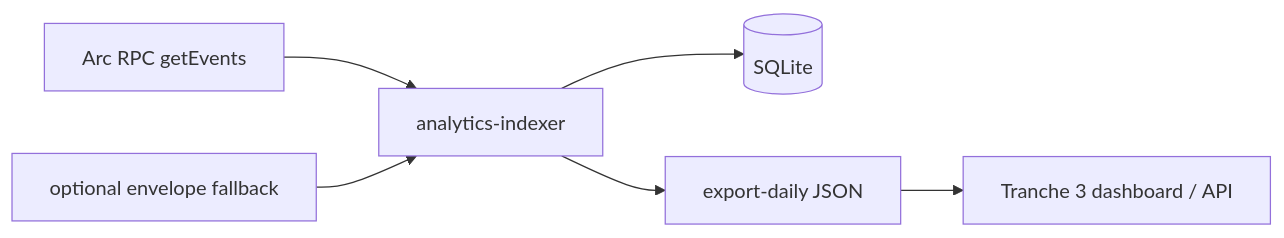
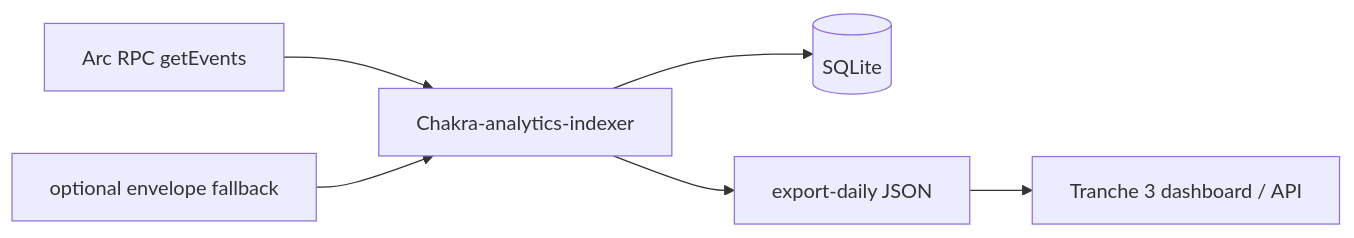
Before and after one commit to mangekyou-labs/chakra: the diagram in docs/analytics-indexer.md, drawn with Mermaid. The commit also changed other lines of this file and 16 other files, not shown here.

````diff
--- a/docs/analytics-indexer.md
+++ b/docs/analytics-indexer.md
@@ -29,8 +29,8 @@
 ```mermaid
 flowchart LR
-  RPC[Arc RPC getEvents] --> IDX[analytics-indexer]
+  RPC[Arc RPC getEvents] --> IDX[Chakra-analytics-indexer]
   ENV[optional envelope fallback] --> IDX
   IDX --> DB[(SQLite)]
   IDX --> EXP[export-daily JSON]
   EXP --> T3[Tranche 3 dashboard / API]
 ```
````
